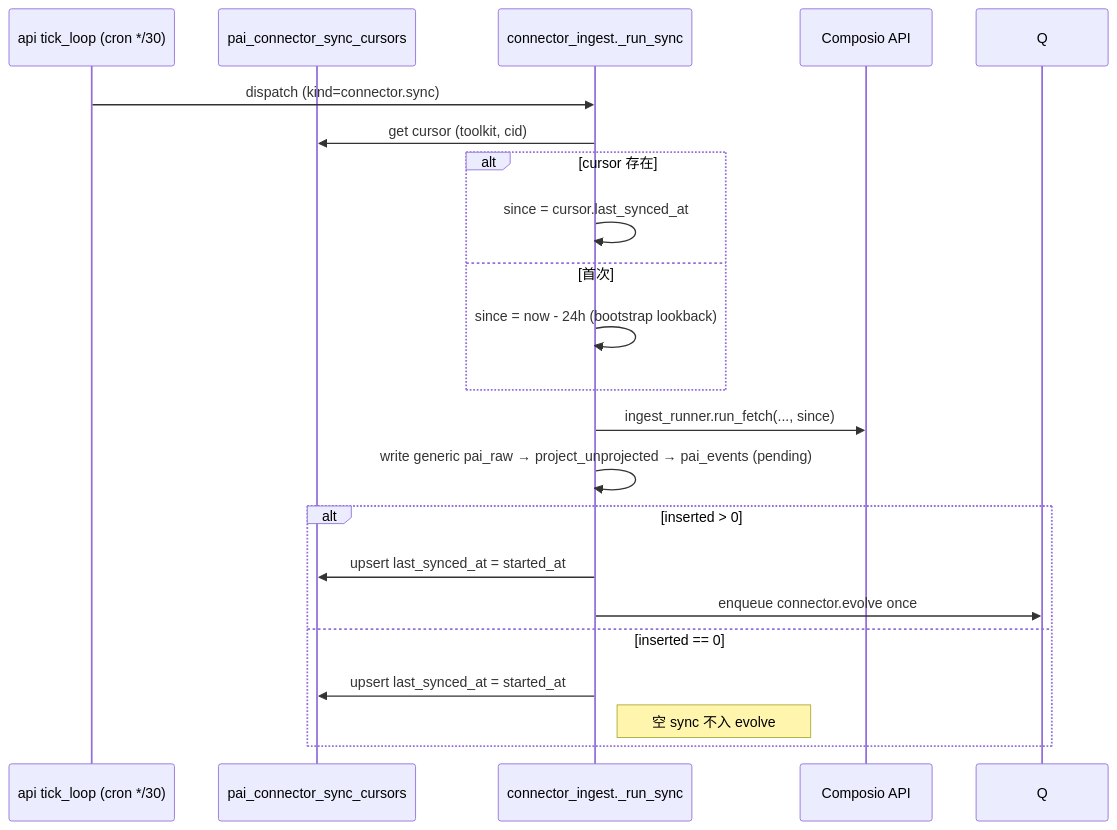
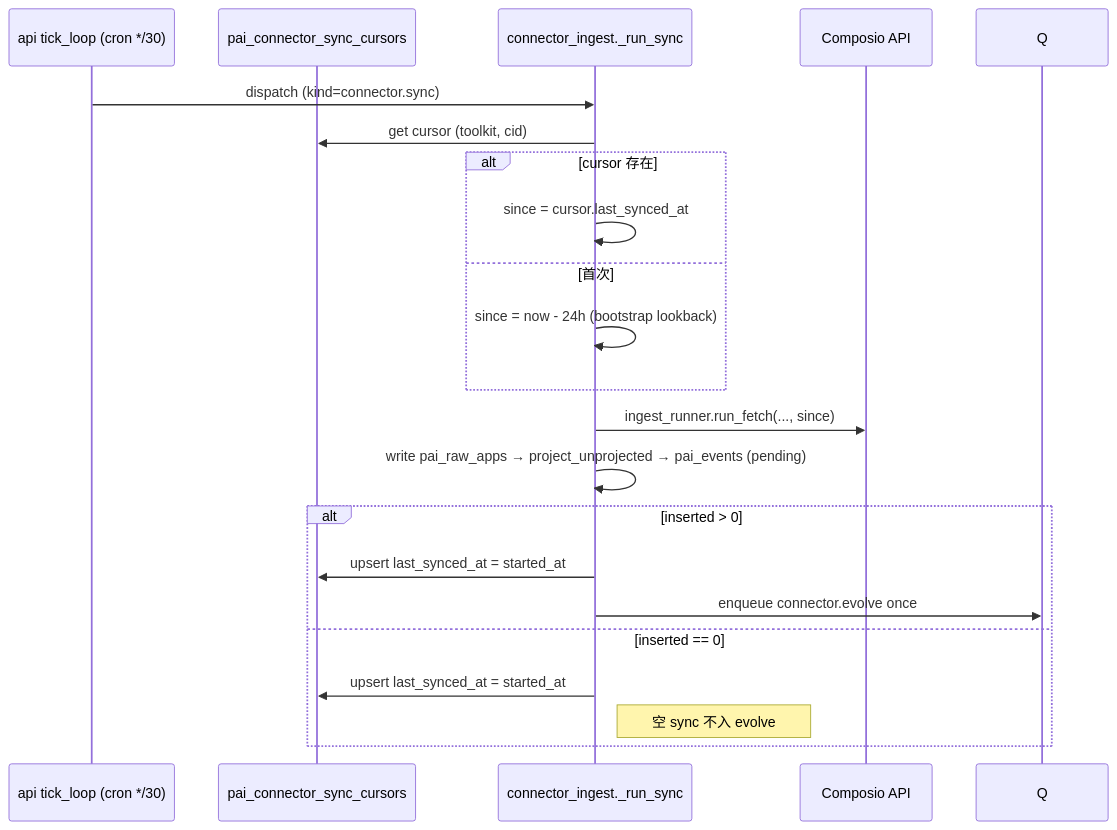
One commit to Edge-AI-HQ/proactive-assistant changed the third of 4 diagrams in docs/modules/data-connectors.mdx. Above: the diagram before and after it, drawn with Mermaid. The commit also changed other lines of this file and 9 other files, not shown here.

````diff
--- a/docs/modules/data-connectors.mdx
+++ b/docs/modules/data-connectors.mdx
@@ -161,24 +144,24 @@
 ```mermaid
 sequenceDiagram
   participant Sched as api tick_loop (cron */30)
   participant Cur as pai_connector_sync_cursors
   participant H as connector_ingest._run_sync
   participant Composio as Composio API
 
   Sched->>H: dispatch (kind=connector.sync)
   H->>Cur: get cursor (toolkit, cid)
   alt cursor 存在
     H->>H: since = cursor.last_synced_at
   else 首次
     H->>H: since = now - 24h (bootstrap lookback)
   end
   H->>Composio: ingest_runner.run_fetch(..., since)
-  H->>H: write generic pai_raw → project_unprojected → pai_events (pending)
+  H->>H: write pai_raw_apps → project_unprojected → pai_events (pending)
   alt inserted > 0
     H->>Cur: upsert last_synced_at = started_at
     H->>Q: enqueue connector.evolve once
   else inserted == 0
     H->>Cur: upsert last_synced_at = started_at
     Note right of H: 空 sync 不入 evolve
   end
 ```
````
